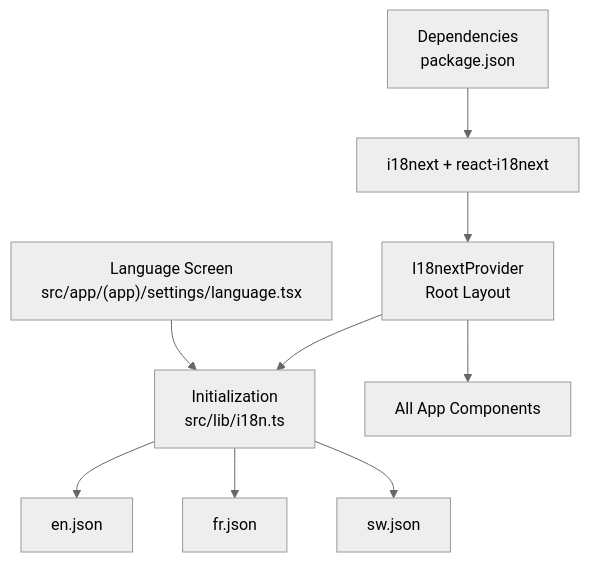
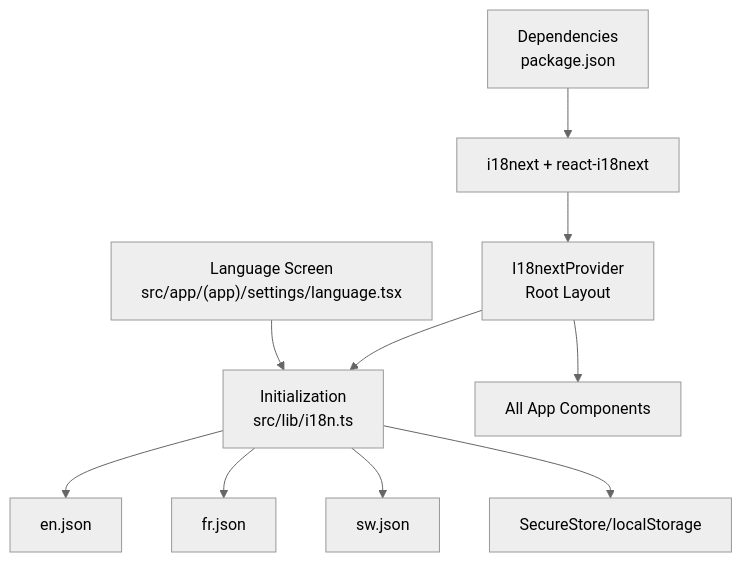
One commit to AdeelTahir-SE/DermSight changed the third of 3 diagrams in .qoder/repowiki/en/content/Internationalization.md. Above: the diagram before and after it, drawn with Mermaid (neutral theme). The commit also changed other lines of this file and 29 other files, not shown here.

````diff
--- a/.qoder/repowiki/en/content/Internationalization.md
+++ b/.qoder/repowiki/en/content/Internationalization.md
@@ -274,11 +299,12 @@
 ```mermaid
 graph TB
 Pkg["Dependencies<br/>package.json"] --> I18nLib["i18next + react-i18next"]
 I18nLib --> Provider["I18nextProvider<br/>Root Layout"]
 Provider --> Init["Initialization<br/>src/lib/i18n.ts"]
 Init --> EN["en.json"]
 Init --> FR["fr.json"]
 Init --> SW["sw.json"]
 Provider --> Components["All App Components"]
 LangUI["Language Screen<br/>src/app/(app)/settings/language.tsx"] --> Init
+Init --> Storage["SecureStore/localStorage"]
 ```
````
